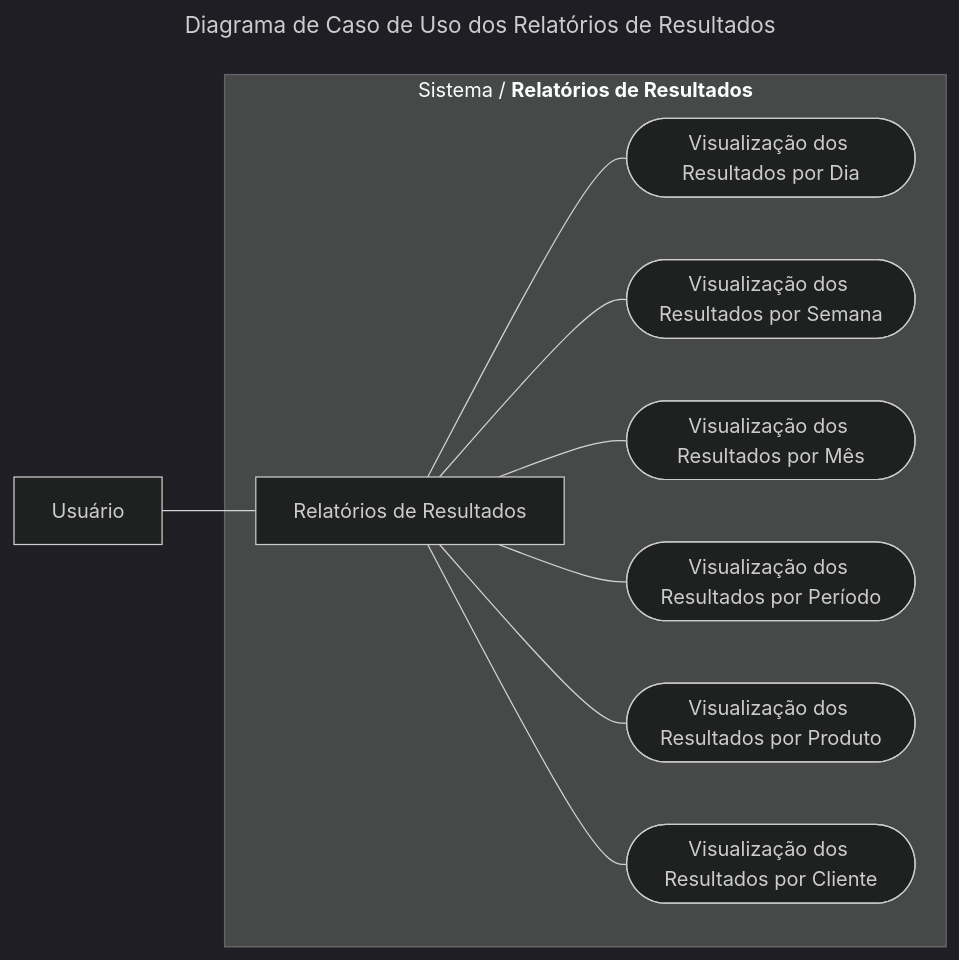
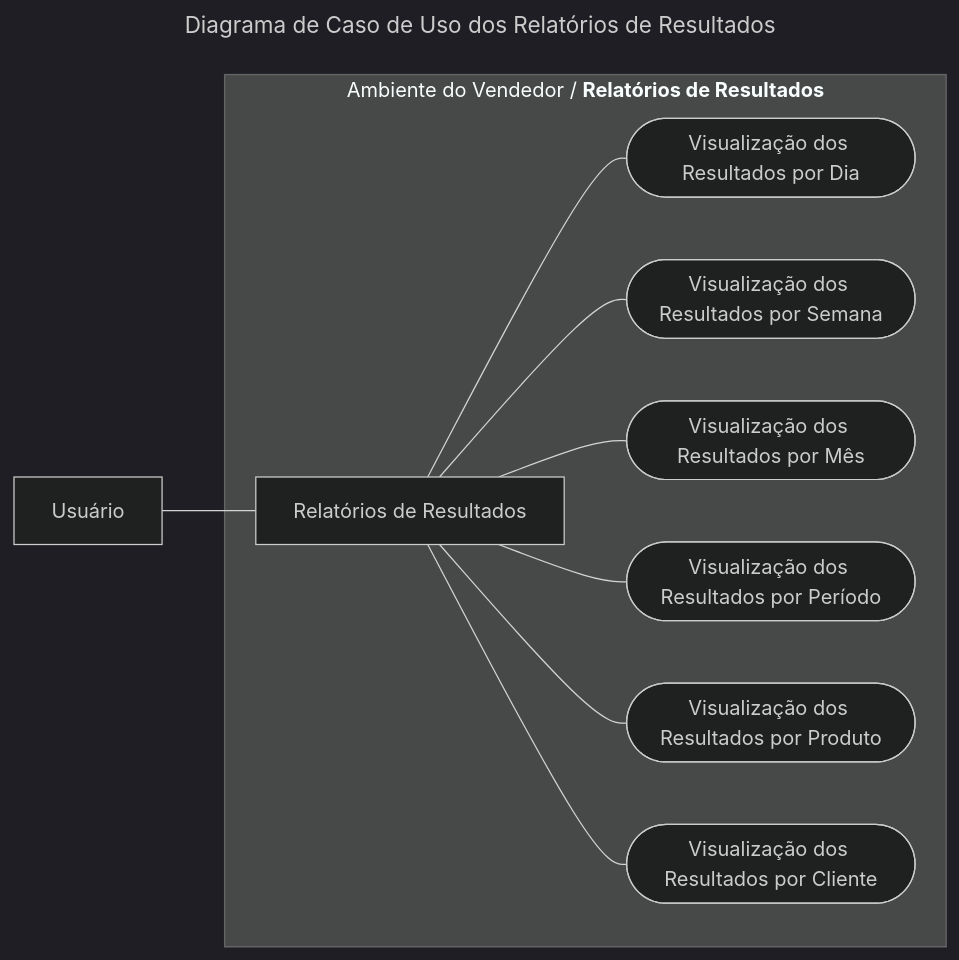
Before and after one commit to h4mn/fatec_tarefas: diagram 13 of 24 in engenharia/diagrams.md, drawn with Mermaid (dark theme). The commit also changed other lines of this file and 2 other files, not shown here.

````diff
--- a/engenharia/diagrams.md
+++ b/engenharia/diagrams.md
@@ -308,15 +308,15 @@
 ```mermaid
 ---
 title: Diagrama de Caso de Uso dos Relatórios de Resultados
 ---
 graph LR
     A[Usuário] --- B[Relatórios de Resultados]
-    subgraph "`Sistema / **Relatórios de Resultados**`"
+    subgraph "`Ambiente do Vendedor / **Relatórios de Resultados**`"
         B --- C([Visualização dos Resultados por Dia])
         B --- D([Visualização dos Resultados por Semana])
         B --- E([Visualização dos Resultados por Mês])
         B --- F([Visualização dos Resultados por Período])
         B --- G([Visualização dos Resultados por Produto])
         B --- H([Visualização dos Resultados por Cliente])
     end
 ```
````
